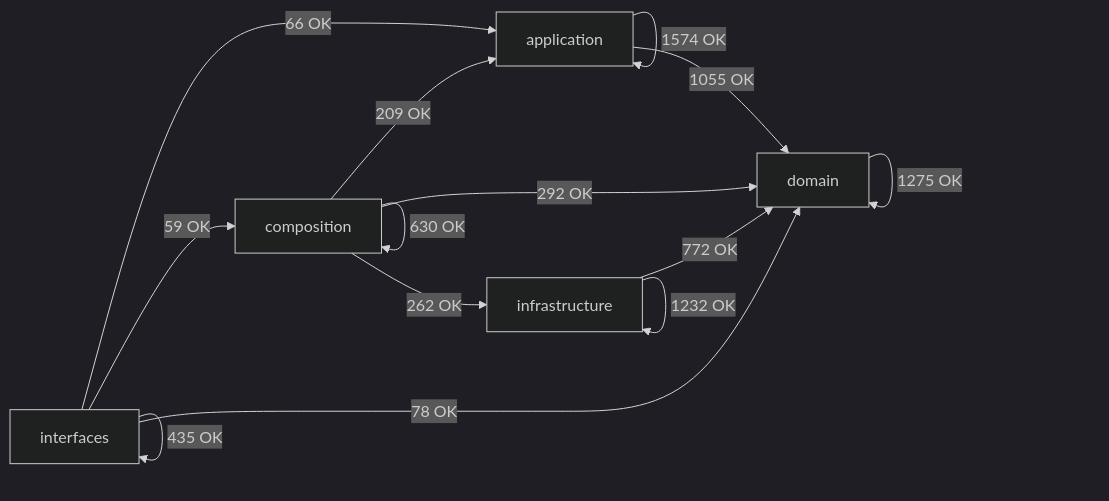
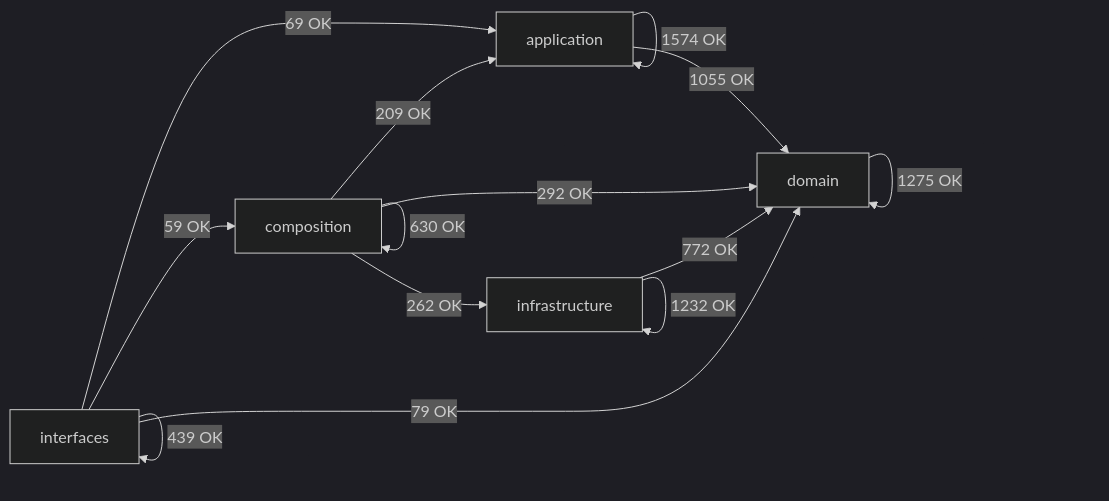
One commit to SatoryKono/BioactivityDataAcquisition changed the diagram in docs/02-architecture/generated/module-dependency-map.md. Above: the diagram before and after it, drawn with Mermaid (dark theme). The commit also changed other lines of this file and 8 other files, not shown here.

````diff
--- a/docs/02-architecture/generated/module-dependency-map.md
+++ b/docs/02-architecture/generated/module-dependency-map.md
@@ -17,21 +17,21 @@
 ```mermaid
 flowchart LR
     domain[domain]
     application[application]
     infrastructure[infrastructure]
     composition[composition]
     interfaces[interfaces]
     application -->|1574 OK| application
     application -->|1055 OK| domain
     composition -->|209 OK| application
     composition -->|630 OK| composition
     composition -->|292 OK| domain
     composition -->|262 OK| infrastructure
     domain -->|1275 OK| domain
     infrastructure -->|772 OK| domain
     infrastructure -->|1232 OK| infrastructure
-    interfaces -->|66 OK| application
+    interfaces -->|69 OK| application
     interfaces -->|59 OK| composition
-    interfaces -->|78 OK| domain
-    interfaces -->|435 OK| interfaces
+    interfaces -->|79 OK| domain
+    interfaces -->|439 OK| interfaces
 ```
````
